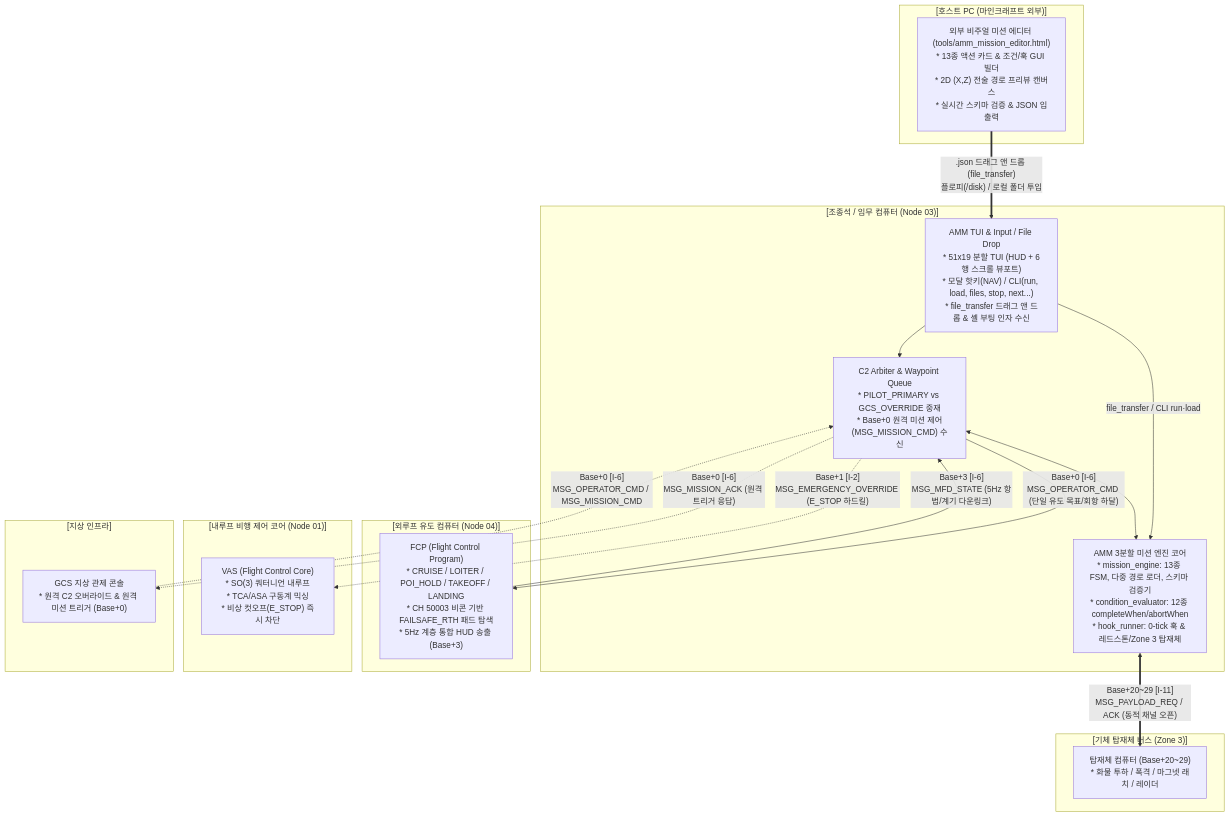
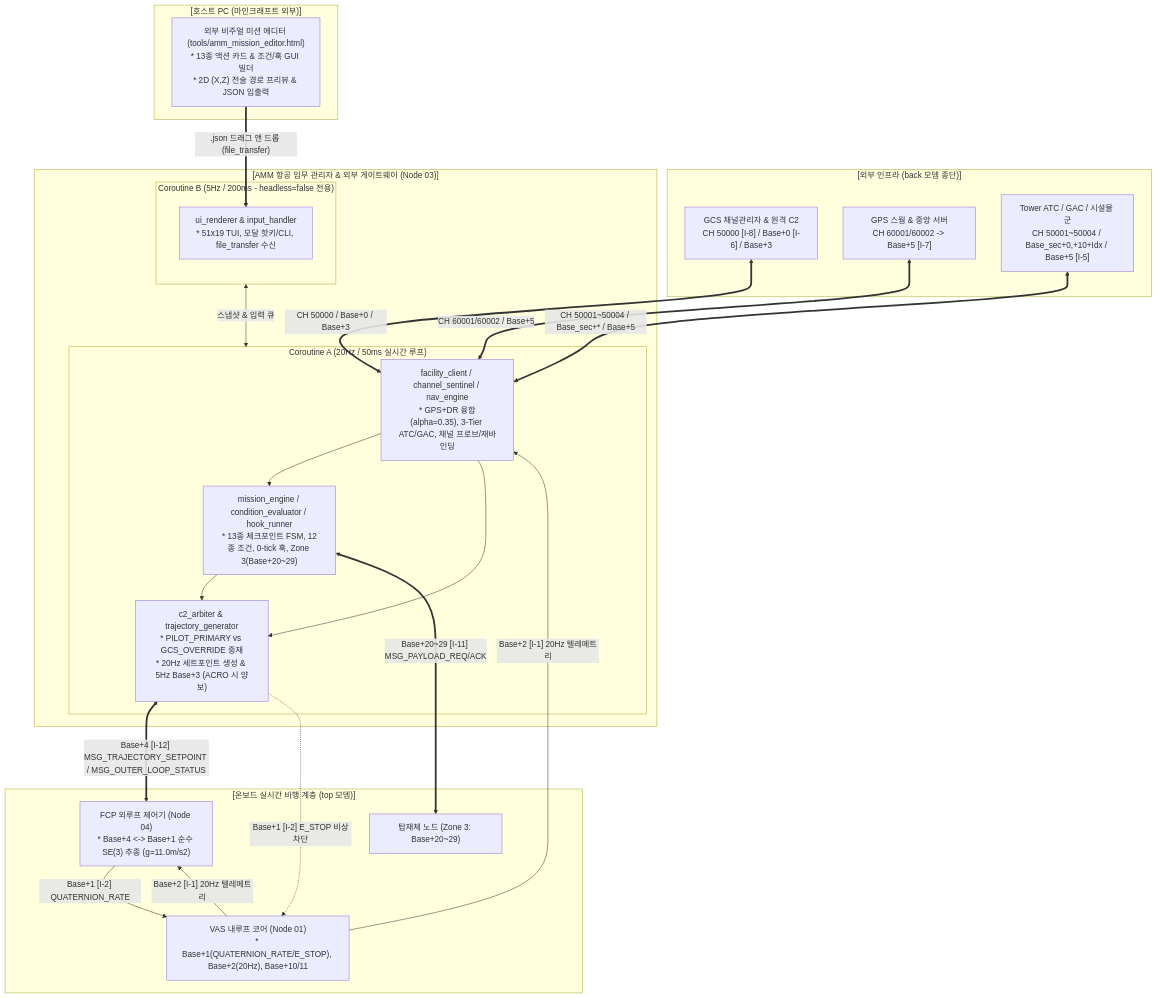
Before and after one commit to Polimachi/Aeroneutics_Autopilot: the first of 4 diagrams in docs/specs/3_planning/amm/AMM_PROGRAM_SPECIFICATION.md, drawn with Mermaid. The commit also changed other lines of this file and 18 other files, not shown here.

Commit message:
docs(specs): shrink FCP to SE(3) outer-loop and migrate gateway/nav/mission ownership to AMM (TASK-206)

````diff
--- a/docs/specs/3_planning/amm/AMM_PROGRAM_SPECIFICATION.md
+++ b/docs/specs/3_planning/amm/AMM_PROGRAM_SPECIFICATION.md
@@ -41,40 +63,44 @@
 ```mermaid
 flowchart TD
     subgraph HOST_PC["[호스트 PC (마인크래프트 외부)]"]
-        EXT_EDIT["외부 비주얼 미션 에디터 (tools/amm_mission_editor.html)<br/>* 13종 액션 카드 & 조건/훅 GUI 빌더<br/>* 2D (X,Z) 전술 경로 프리뷰 캔버스<br/>* 실시간 스키마 검증 & JSON 입출력"]
+        EXT_EDIT["외부 비주얼 미션 에디터 (tools/amm_mission_editor.html)<br/>* 13종 액션 카드 & 조건/훅 GUI 빌더<br/>* 2D (X,Z) 전술 경로 프리뷰 & JSON 입출력"]
     end
 
-    subgraph COCKPIT["[조종석 / 임무 컴퓨터 (Node 03)]"]
-        AMM_UI["AMM TUI & Input / File Drop<br/>* 51x19 분할 TUI (HUD + 6행 스크롤 뷰포트)<br/>* 모달 핫키(NAV) / CLI(run, load, files, stop, next...)<br/>* file_transfer 드래그 앤 드롭 & 셸 부팅 인자 수신"]
-        AMM_CORE["AMM 3분할 미션 엔진 코어<br/>* mission_engine: 13종 FSM, 다중 경로 로더, 스키마 검증기<br/>* condition_evaluator: 12종 completeWhen/abortWhen<br/>* hook_runner: 0-tick 훅 & 레드스톤/Zone 3 탑재체"]
-        AMM_ARB["C2 Arbiter & Waypoint Queue<br/>* PILOT_PRIMARY vs GCS_OVERRIDE 중재<br/>* Base+0 원격 미션 제어(MSG_MISSION_CMD) 수신"]
-        AMM_UI --> AMM_ARB
-        AMM_UI -->|"file_transfer / CLI run·load"| AMM_CORE
-        AMM_ARB <--> AMM_CORE
+    subgraph EXTERNAL_INFRA["[외부 인프라 (back 모뎀 종단)]"]
+        GCS["GCS 채널관리자 & 원격 C2<br/>CH 50000 [I-8] / Base+0 [I-6] / Base+3"]
+        GPS["GPS 스웜 & 중앙 서버<br/>CH 60001/60002 -> Base+5 [I-7]"]
+        ATC_GAC["Tower ATC / GAC / 시설물 군<br/>CH 50001~50004 / Base_sec+0,+10+Idx / Base+5 [I-5]"]
     end
 
-    subgraph GUIDANCE["[외루프 유도 컴퓨터 (Node 04)]"]
-        FCP["FCP (Flight Control Program)<br/>* CRUISE / LOITER / POI_HOLD / TAKEOFF / LANDING<br/>* CH 50003 비콘 기반 FAILSAFE_RTH 패드 탐색<br/>* 5Hz 계층 통합 HUD 송출 (Base+3)"]
+    subgraph AMM_NODE["[AMM 항공 임무 관리자 & 외부 게이트웨이 (Node 03)]"]
+        subgraph CORO_A["Coroutine A (20Hz / 50ms 실시간 루프)"]
+            AMM_GW["facility_client / channel_sentinel / nav_engine<br/>* GPS+DR 융합(alpha=0.35), 3-Tier ATC/GAC, 채널 프로브/재바인딩"]
+            AMM_CORE["mission_engine / condition_evaluator / hook_runner<br/>* 13종 체크포인트 FSM, 12종 조건, 0-tick 훅, Zone 3(Base+20~29)"]
+            AMM_TRAJ["c2_arbiter & trajectory_generator<br/>* PILOT_PRIMARY vs GCS_OVERRIDE 중재<br/>* 20Hz 세트포인트 생성 & 5Hz Base+3 (ACRO 시 양보)"]
+            AMM_GW --> AMM_CORE
+            AMM_CORE --> AMM_TRAJ
+            AMM_GW --> AMM_TRAJ
+        end
+        subgraph CORO_B["Coroutine B (5Hz / 200ms - headless=false 전용)"]
+            AMM_UI["ui_renderer & input_handler<br/>* 51x19 TUI, 모달 핫키/CLI, file_transfer 수신"]
+        end
+        CORO_B <-->|"스냅샷 & 입력 큐"| CORO_A
     end
 
-    subgraph INNER_LOOP["[내루프 비행 제어 코어 (Node 01)]"]
-        VAS["VAS (Flight Control Core)<br/>* SO(3) 쿼터니언 내루프<br/>* TCA/ASA 구동계 믹싱<br/>* 비상 컷오프(E_STOP) 즉시 차단"]
+    subgraph ONBOARD_BUS["[온보드 실시간 비행 계층 (top 모뎀)]"]
+        FCP["FCP 외루프 제어기 (Node 04)<br/>* Base+4 <-> Base+1 순수 SE(3) 추종 (g=11.0m/s2)"]
+        VAS["VAS 내루프 코어 (Node 01)<br/>* Base+1(QUATERNION_RATE/E_STOP), Base+2(20Hz), Base+10/11"]
+        PAYLOAD["탑재체 노드 (Zone 3: Base+20~29)"]
+        FCP -->|"Base+1 [I-2] QUATERNION_RATE"| VAS
+        VAS -->|"Base+2 [I-1] 20Hz 텔레메트리"| FCP
     end
 
-    subgraph PAYLOAD_ZONE3["[기체 탑재체 버스 (Zone 3)]"]
-        PAYLOAD["탑재체 컴퓨터 (Base+20~29)<br/>* 화물 투하 / 폭격 / 마그넷 래치 / 레이더"]
-    end
-
-    subgraph GROUND_INFRA["[지상 인프라]"]
-        GCS["GCS 지상 관제 콘솔<br/>* 원격 C2 오버라이드 & 원격 미션 트리거 (Base+0)"]
-    end
-
-    %% Network & File links
-    EXT_EDIT ==>|".json 드래그 앤 드롭 (file_transfer)<br/>플로피(/disk) / 로컬 폴더 투입"| AMM_UI
-    AMM_ARB -->|"Base+0 [I-6]<br/>MSG_OPERATOR_CMD (단일 유도 목표/회항 하달)"| FCP
-    AMM_ARB -.->|"Base+1 [I-2]<br/>MSG_EMERGENCY_OVERRIDE (E_STOP 하드킬)"| VAS
-    FCP -->|"Base+3 [I-6]<br/>MSG_MFD_STATE (5Hz 항법/계기 다운링크)"| AMM_ARB
-    GCS -.->|"Base+0 [I-6]<br/>MSG_OPERATOR_CMD / MSG_MISSION_CMD"| AMM_ARB
-    AMM_ARB -.->|"Base+0 [I-6]<br/>MSG_MISSION_ACK (원격 트리거 응답)"| GCS
-    AMM_CORE <==>|"Base+20~29 [I-11]<br/>MSG_PAYLOAD_REQ / ACK (동적 채널 오픈)"| PAYLOAD
+    EXT_EDIT ==>|".json 드래그 앤 드롭 (file_transfer)"| AMM_UI
+    GCS <==>|"CH 50000 / Base+0 / Base+3"| AMM_GW
+    GPS <==>|"CH 60001/60002 / Base+5"| AMM_GW
+    ATC_GAC <==>|"CH 50001~50004 / Base_sec+* / Base+5"| AMM_GW
+    AMM_TRAJ <==>|"Base+4 [I-12] MSG_TRAJECTORY_SETPOINT / MSG_OUTER_LOOP_STATUS"| FCP
+    VAS -->|"Base+2 [I-1] 20Hz 텔레메트리"| AMM_GW
+    AMM_TRAJ -.->|"Base+1 [I-2] E_STOP 비상차단"| VAS
+    AMM_CORE <==>|"Base+20~29 [I-11] MSG_PAYLOAD_REQ/ACK"| PAYLOAD
 ```
````
